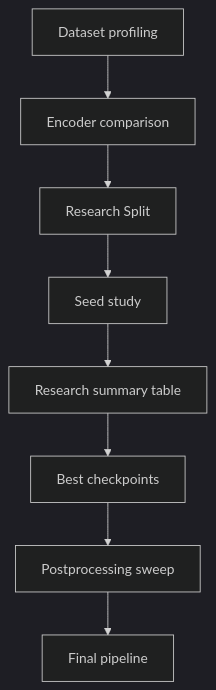
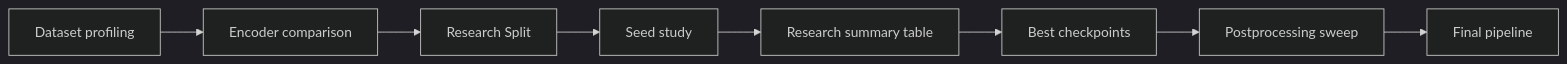
Before and after one commit to MataNerdy/Geodata_Archaeology_CV: the first of 2 diagrams in 03_multiclass_segmentation_deeplab/README.md, drawn with Mermaid (dark theme). The commit also changed other lines of this file and 28 other files, not shown here.

````diff
--- a/03_multiclass_segmentation_deeplab/README.md
+++ b/03_multiclass_segmentation_deeplab/README.md
@@ -73,10 +73,10 @@
 ```mermaid
-flowchart TD
+flowchart LR
     A["Dataset profiling"] --> B["Encoder comparison"]
     B --> C["Research Split"]
     C --> D["Seed study"]
     D --> E["Research summary table"]
-    E --> F["Best сheckpoints"]
+    E --> F["Best checkpoints"]
     F --> G["Postprocessing sweep"]
     G --> H["Final pipeline"]
 ```
````
